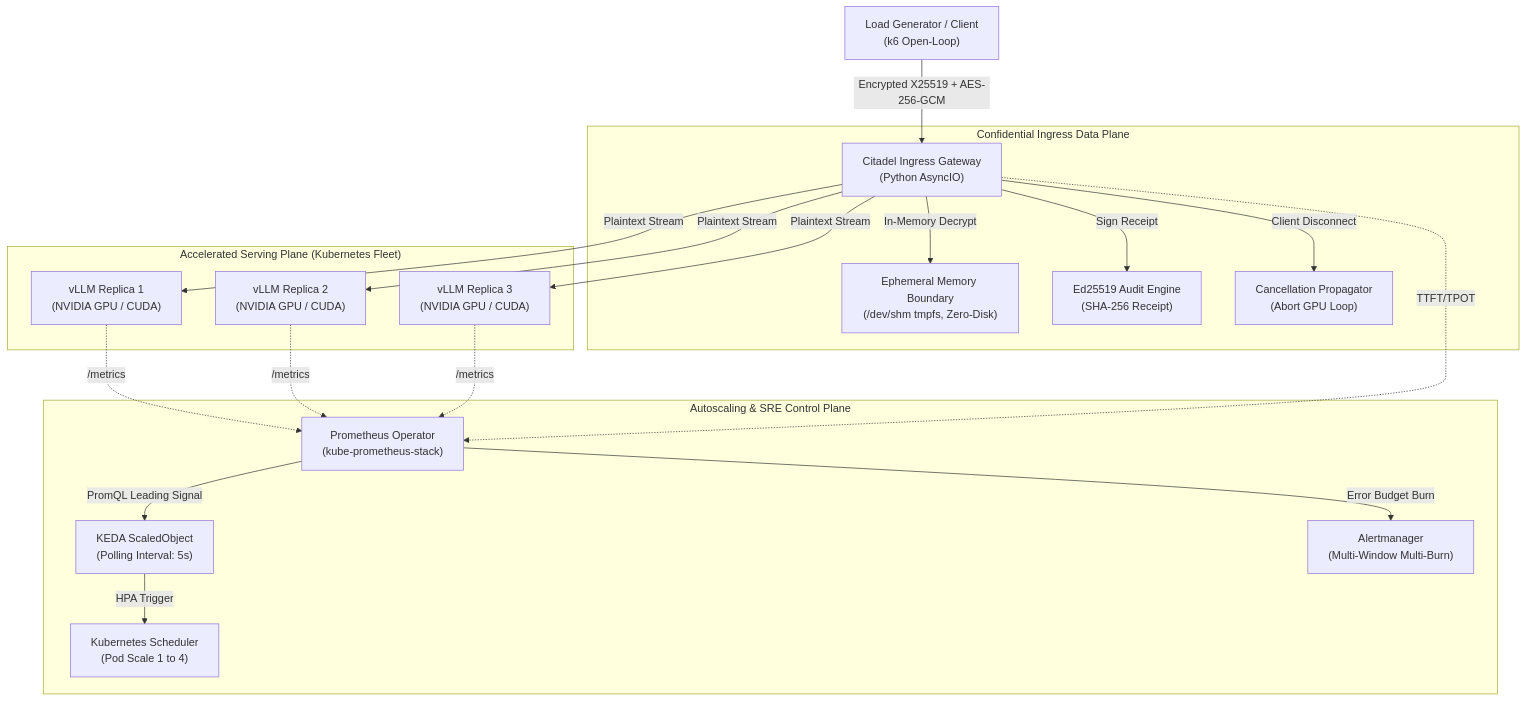
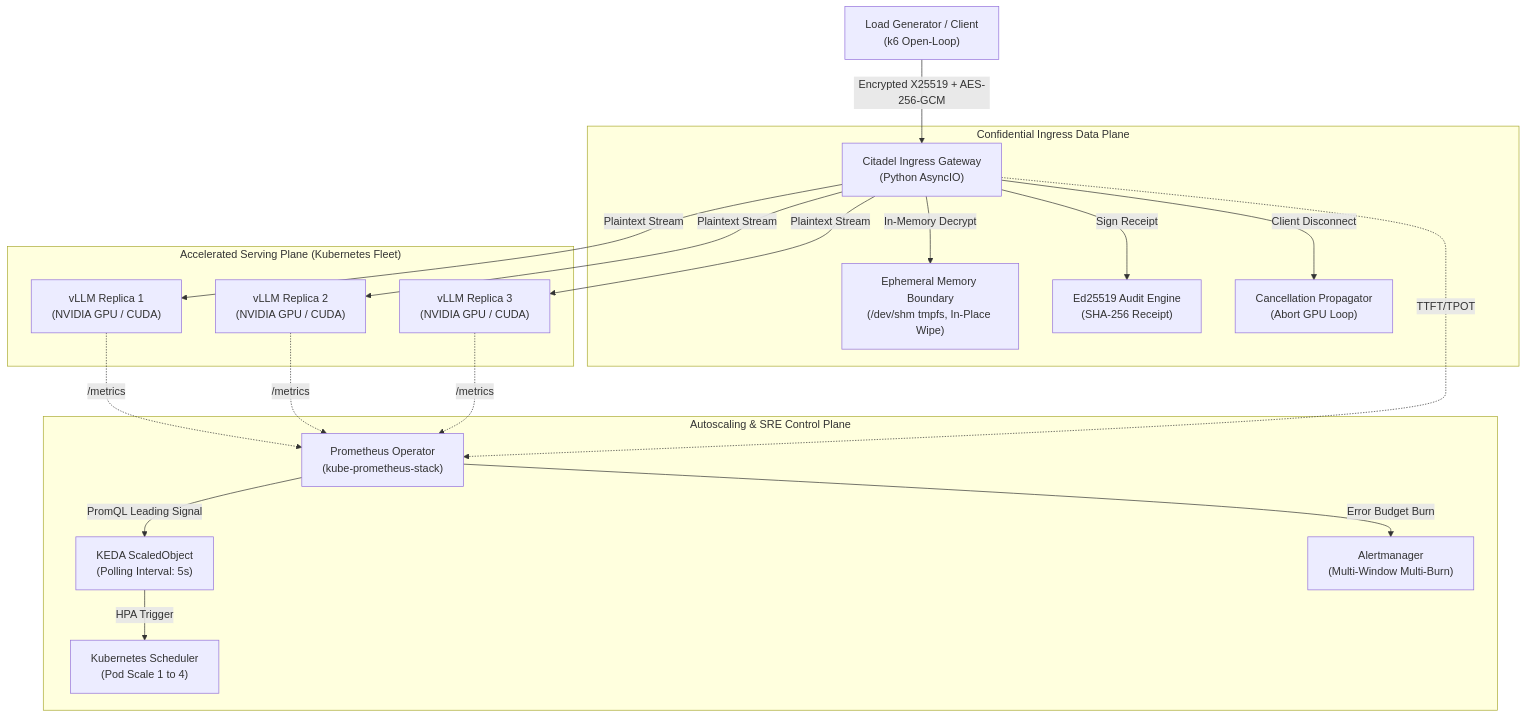
One commit to srinivassarkar/secure-llm-inference-platform changed the diagram in README.md. Above: the diagram before and after it, drawn with Mermaid. The commit also changed other lines of this file and 1 other file, not shown here.

````diff
--- a/README.md
+++ b/README.md
@@ -35,26 +35,26 @@
 ```mermaid
 flowchart TD
     CL["Load Generator / Client<br/>(k6 Open-Loop)"] -->|Encrypted X25519 + AES-256-GCM| GW["Citadel Ingress Gateway<br/>(Python AsyncIO)"]
     
     subgraph DataPlane ["Confidential Ingress Data Plane"]
-        GW -->|In-Memory Decrypt| SHM["Ephemeral Memory Boundary<br/>(/dev/shm tmpfs, Zero-Disk)"]
+        GW -->|In-Memory Decrypt| SHM["Ephemeral Memory Boundary<br/>(/dev/shm tmpfs, In-Place Wipe)"]
         GW -->|Sign Receipt| SIG["Ed25519 Audit Engine<br/>(SHA-256 Receipt)"]
         GW -->|Client Disconnect| CN["Cancellation Propagator<br/>(Abort GPU Loop)"]
     end
     
     subgraph InferencePlane ["Accelerated Serving Plane (Kubernetes Fleet)"]
         GW -->|Plaintext Stream| V1["vLLM Replica 1<br/>(NVIDIA GPU / CUDA)"]
         GW -->|Plaintext Stream| V2["vLLM Replica 2<br/>(NVIDIA GPU / CUDA)"]
         GW -->|Plaintext Stream| V3["vLLM Replica 3<br/>(NVIDIA GPU / CUDA)"]
     end
     
     subgraph ControlPlane ["Autoscaling & SRE Control Plane"]
         V1 -. /metrics .-> PR["Prometheus Operator<br/>(kube-prometheus-stack)"]
         V2 -. /metrics .-> PR
         V3 -. /metrics .-> PR
         GW -. TTFT/TPOT .-> PR
         PR -->|PromQL Leading Signal| KD["KEDA ScaledObject<br/>(Polling Interval: 5s)"]
         KD -->|HPA Trigger| KS["Kubernetes Scheduler<br/>(Pod Scale 1 to 4)"]
         PR -->|Error Budget Burn| AM["Alertmanager<br/>(Multi-Window Multi-Burn)"]
     end
 ```
````
